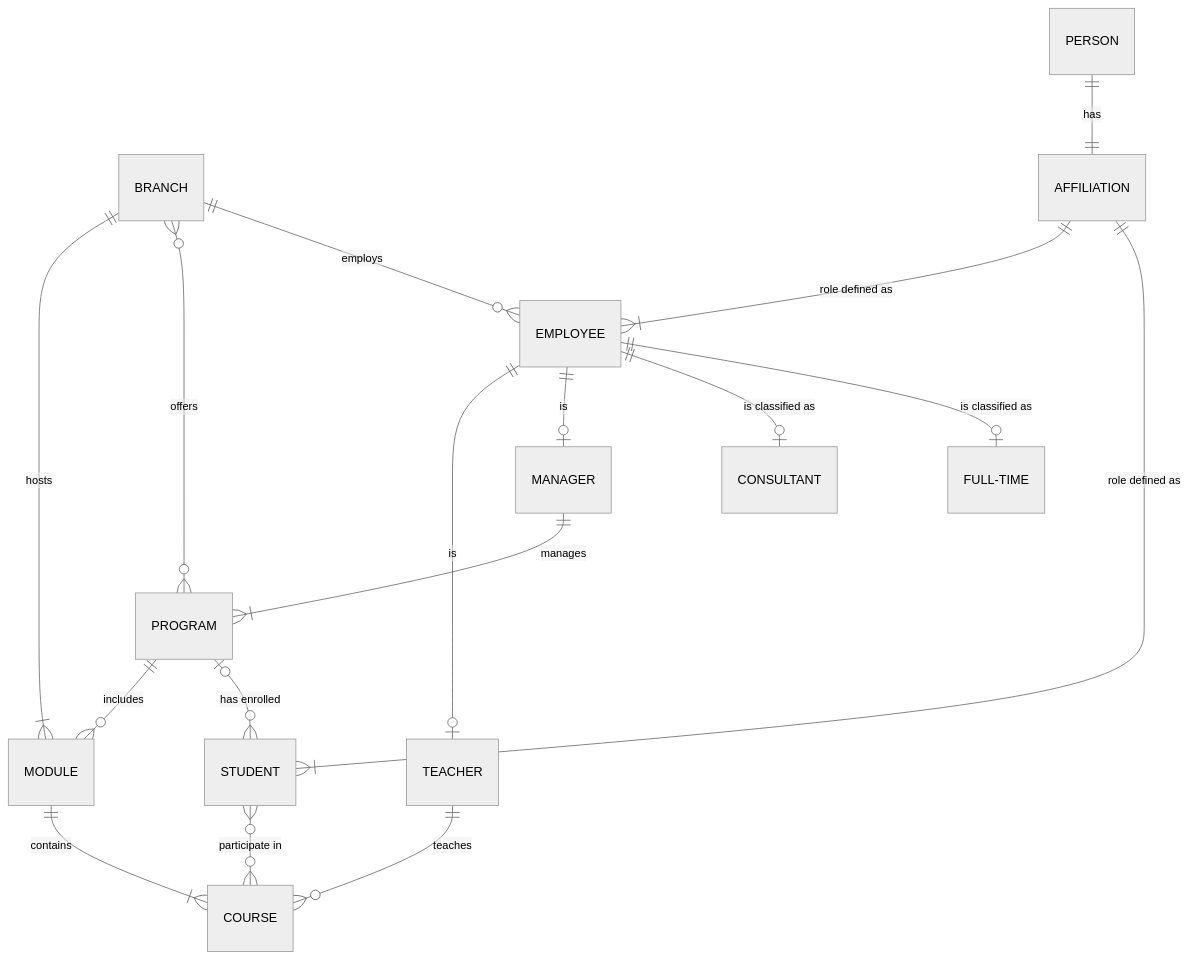
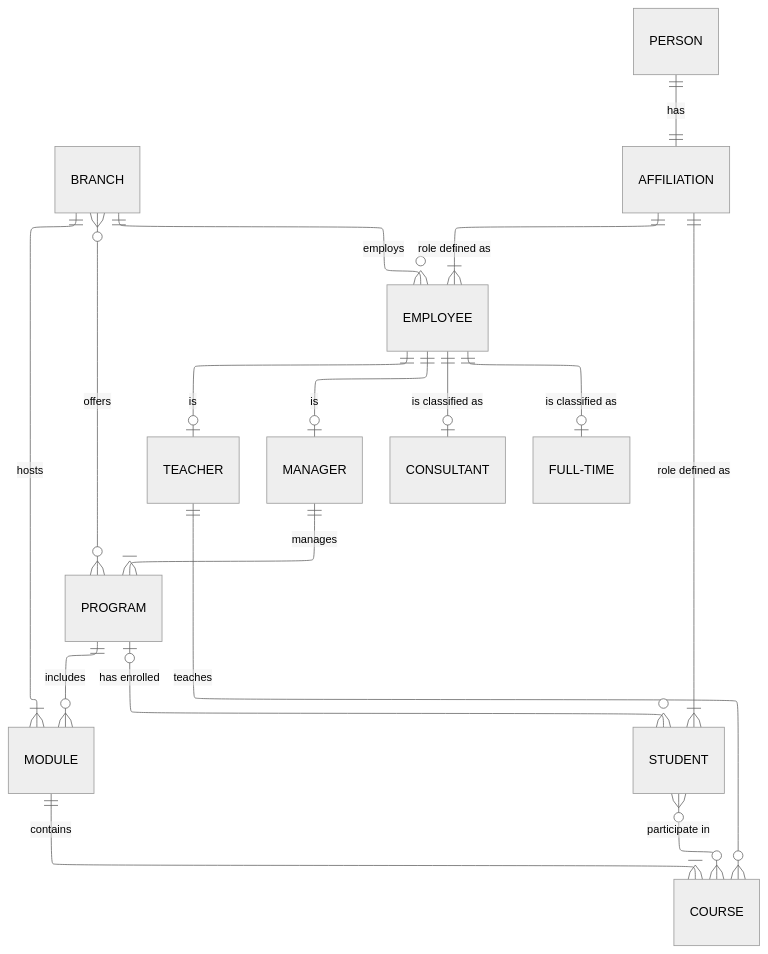
One commit to svartfika/data-modeling-svartfika-de24 changed the diagram in yh_labb/labb_0/conceptual.md. Above: the diagram before and after it, drawn with Mermaid (neutral theme). The commit also changed 1 other file, not shown here.

Commit message:
added elk render of conceptual diagram, updated mermaid.js code

````diff
--- a/yh_labb/labb_0/conceptual.md
+++ b/yh_labb/labb_0/conceptual.md
@@ -1,24 +1,30 @@
 ```mermaid
+---
+    config:
+        layout: elk
+---
 erDiagram
-    BRANCH  ||--|{ MODULE : "hosts"
-    BRANCH  }o--o{ PROGRAM : "offers"
-    PROGRAM ||--o{ MODULE : "includes"
-    MODULE  ||--|{ COURSE : "contains"
+direction TB
 
-    PERSON      ||--|| AFFILIATION : "has"
-    AFFILIATION ||--|{ EMPLOYEE : "role defined as"
-    AFFILIATION ||--|{ STUDENT : "role defined as"
+BRANCH  ||--|{ MODULE : "hosts"
+BRANCH  }o--o{ PROGRAM : "offers"
+PROGRAM ||--o{ MODULE : "includes"
+MODULE  ||--|{ COURSE : "contains"
 
-    BRANCH   ||--o{ EMPLOYEE : "employs"
-    EMPLOYEE ||--o| TEACHER : "is"
-    EMPLOYEE ||--o| MANAGER : "is"
+PERSON      ||--|| AFFILIATION : "has"
+AFFILIATION ||--|{ EMPLOYEE : "role defined as"
+AFFILIATION ||--|{ STUDENT : "role defined as"
 
-    EMPLOYEE ||--o| CONSULTANT : "is classified as"
-    EMPLOYEE ||--o| FULL-TIME : "is classified as"
+BRANCH   ||--o{ EMPLOYEE : "employs"
+EMPLOYEE ||--o| TEACHER : "is"
+EMPLOYEE ||--o| MANAGER : "is"
 
-    MANAGER  ||--|{ PROGRAM : "manages"
-    TEACHER  ||--o{ COURSE : "teaches"
+EMPLOYEE ||--o| CONSULTANT : "is classified as"
+EMPLOYEE ||--o| FULL-TIME : "is classified as"
 
-    PROGRAM  |o--o{ STUDENT : "has enrolled"
-    STUDENT  }o--o{ COURSE : "participate in"
+MANAGER  ||--|{ PROGRAM : "manages"
+TEACHER  ||--o{ COURSE : "teaches"
+
+PROGRAM  |o--o{ STUDENT : "has enrolled"
+STUDENT  }o--o{ COURSE : "participate in"
 ```
````
